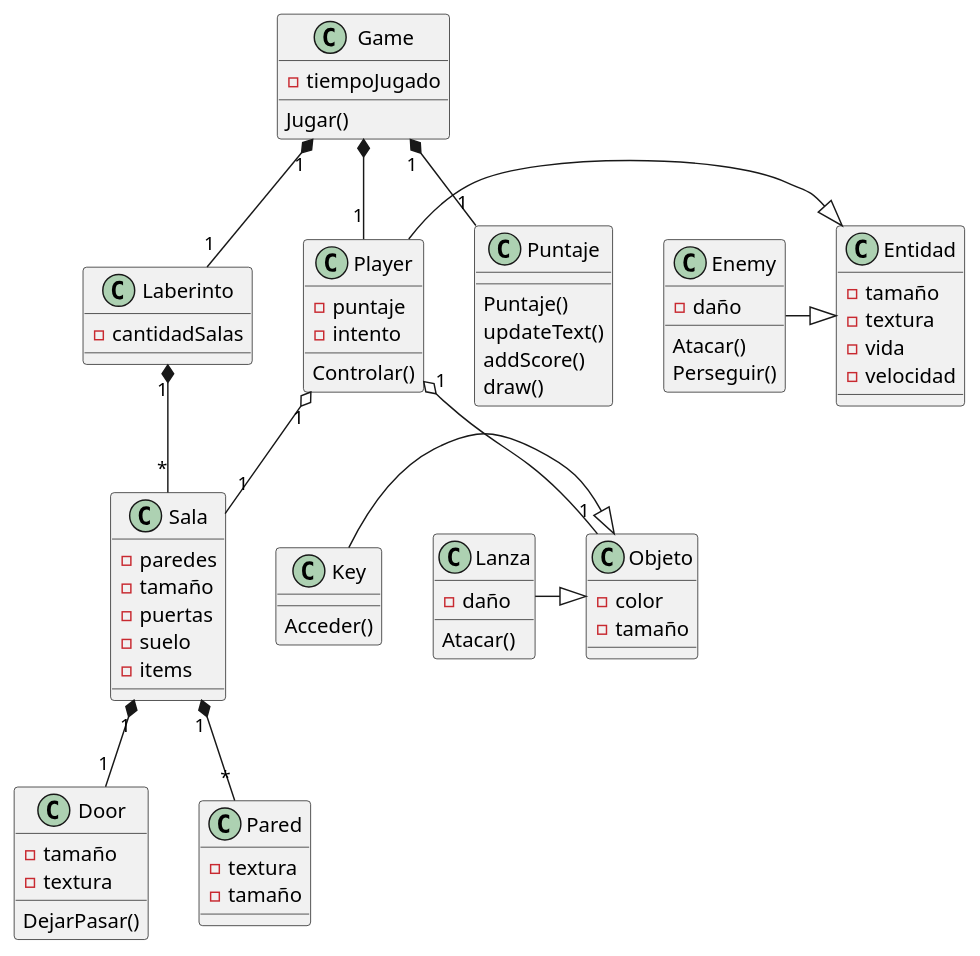
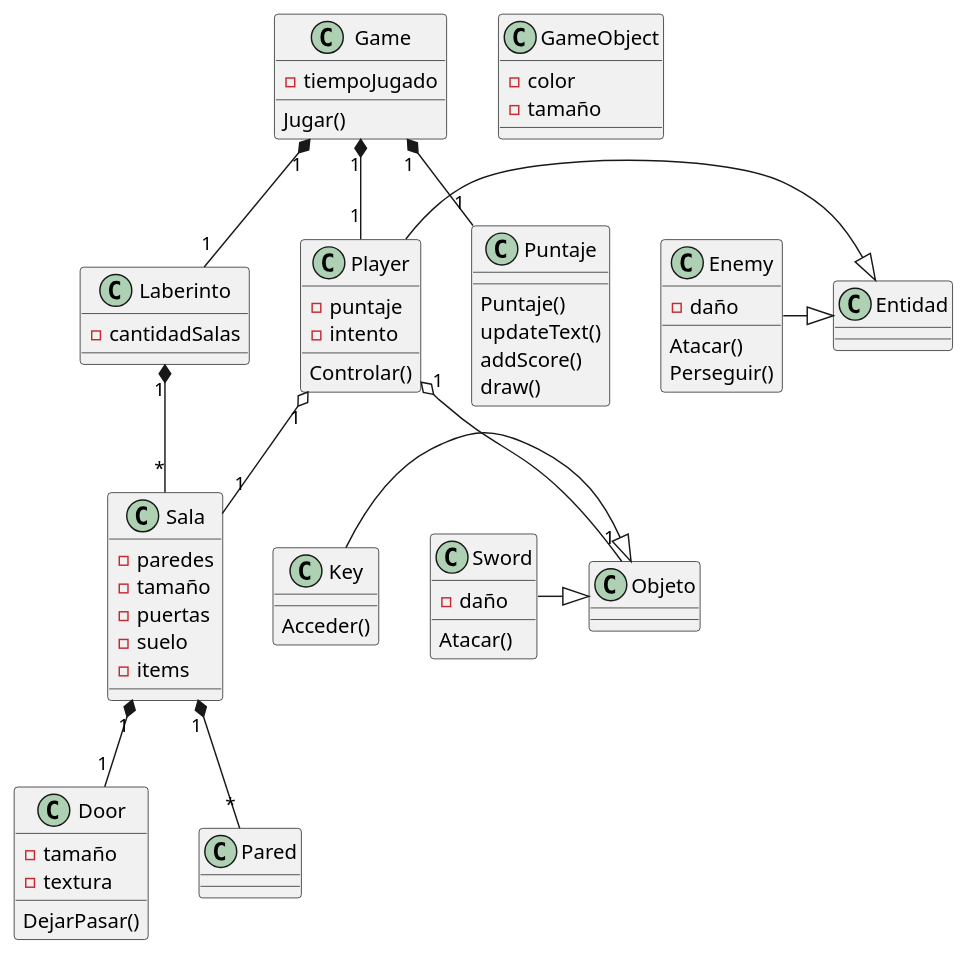
The diagram in docs/adventure.puml (joseassad13/Adveture_The_Game), drawn with PlantUML before and after one commit. The commit also changed 12 other files, not shown here.

```diff
--- a/docs/adventure.puml
+++ b/docs/adventure.puml
@@ -1,93 +1,80 @@
 @startuml Adventure
 
 class Game
 {
     Jugar()
     -tiempoJugado
 }
+class Enemy
+{
+    Atacar()
+    Perseguir()
+    -daño
+   
+}
 class Player
 {
     Controlar()
     -puntaje
     -intento
-}
-
-class Objeto{
-    -color
-    -tamaño
-}
-class Key
-{
-    Acceder()
-   
 }
 class Puntaje{
     Puntaje()
     updateText()
     addScore()
     draw()
 }
-class Lanza 
+class GameObject{
+    -color
+    -tamaño
+}
+
+class Key
+{
+    Acceder()
+   
+}
+class Sword
 {
     Atacar()
     -daño
 }
 
+class Door 
+{
+    DejarPasar()
+    -tamaño 
+    -textura
+}
 class Sala
 {
     -paredes
     -tamaño
     -puertas
     -suelo
     -items
 }
-class Door 
-{
-    DejarPasar()
-    -tamaño 
-    -textura
-}
 class Laberinto
 {
     -cantidadSalas
 }
-class Pared
-{
-    -textura
-    -tamaño
-}
 
-class Enemy
-{
-    Atacar()
-    Perseguir()
-    -daño
-   
-}
 
-class Entidad{
-    -tamaño
-    -textura
-    -vida
-    -velocidad
-
-}
-
-Game *-- "1" Player
+Game "1" *-- "1" Player
 
 Key -|> Objeto
-Lanza -|> Objeto
+Sword -|> Objeto
 
 Player "1" o-- "1" Objeto
 
 Game "1" *-- "1"Laberinto
 Game "1" *-- "1" Puntaje
 Laberinto "1" *-- "*"Sala
 Player "1" o--"1"Sala
 Sala "1" *-- "1" Door 
 Sala "1" *-- "*" Pared
 
 Player -|> Entidad
 Enemy -|> Entidad
 
 @enduml
```
